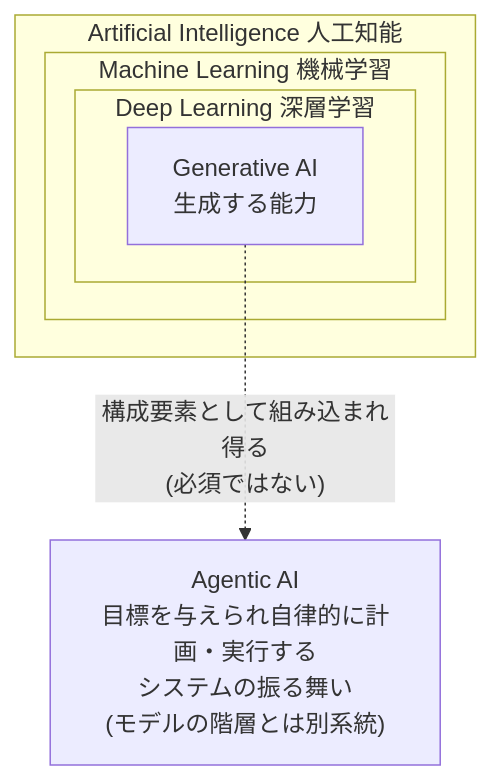
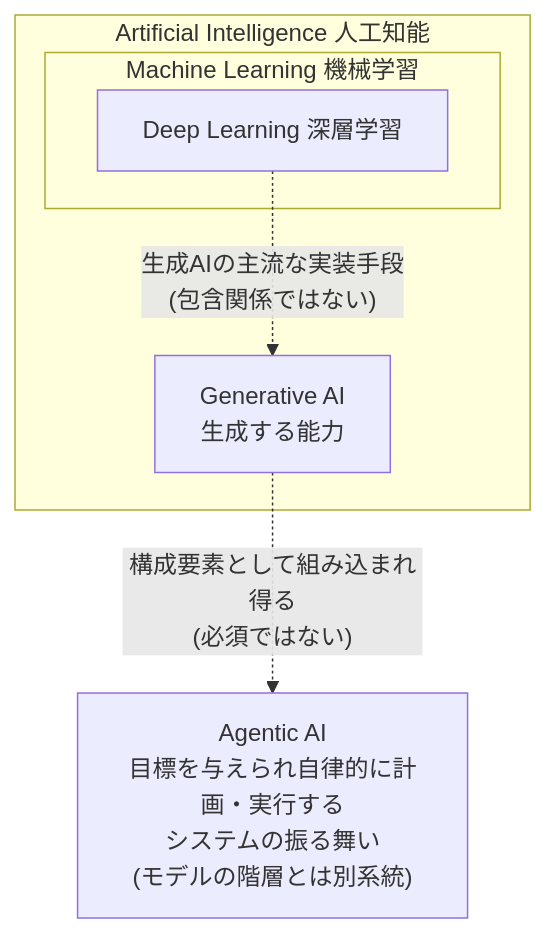
Before and after one commit to myoshi2891/Management-Team-Building-Studies: the second of 5 diagrams in Psm-ai-essentials-guide.md, drawn with Mermaid. The commit also changed other lines of this file and 1 other file, not shown here.

Commit message:
docs(psd,psm-ai): 技術的記述の正確性向上
[PSD]
- テスト説明を修正: 「手動テストへの依存を減らし自動化で品質担保」という
  断定的表現を「テストは開発の一部として組み込まれる必要があり、自動化の
  程度はチームがDoDとして定める」という正確な表現に変更
- ベストプラクティス: 「テストが書かれていない機能はDoneではない」を
  「DoDとしてチームが選んだ基準」として文脈を明確化
- Backlog Refinementの稼働時間目安「10%」を削除し「バックログの状態と
  チームの習熟度に応じて調整する」という柔軟な表現に修正
- CI/CD説明に「本番への自動デプロイはその先の選択肢」を追記
- 空行（<!-- -->）を追加して連続blockquoteの描画崩れを防止

[PSM-AI]
- 生成AIの位置付けを修正: 深層学習の「入れ子(下位概念)」ではなく
  「主流な実装手段(包含関係ではない)」という関係として整理
- Mermaidフロー図を修正: GENノードをDLの外に出し、DL-->(点線)GENの
  「生成AIの主流な実装手段(包含関係ではない)」ラベル付き依存線に変更

````diff
--- a/Psm-ai-essentials-guide.md
+++ b/Psm-ai-essentials-guide.md
@@ -152,14 +152,15 @@
 ```mermaid
 flowchart TB
     subgraph AI["Artificial Intelligence 人工知能"]
         subgraph ML["Machine Learning 機械学習"]
-            subgraph DL["Deep Learning 深層学習"]
-                GEN["Generative AI<br/>生成する能力"]
-            end
+            DL["Deep Learning 深層学習"]
         end
+        GEN["Generative AI<br/>生成する能力"]
     end
+
+    DL -.->|"生成AIの主流な実装手段<br/>(包含関係ではない)"| GEN
 
     AGENT["Agentic AI<br/>目標を与えられ自律的に計画・実行する<br/>システムの振る舞い<br/>(モデルの階層とは別系統)"]
 
     GEN -.->|"構成要素として組み込まれ得る<br/>(必須ではない)"| AGENT
 ```
````
